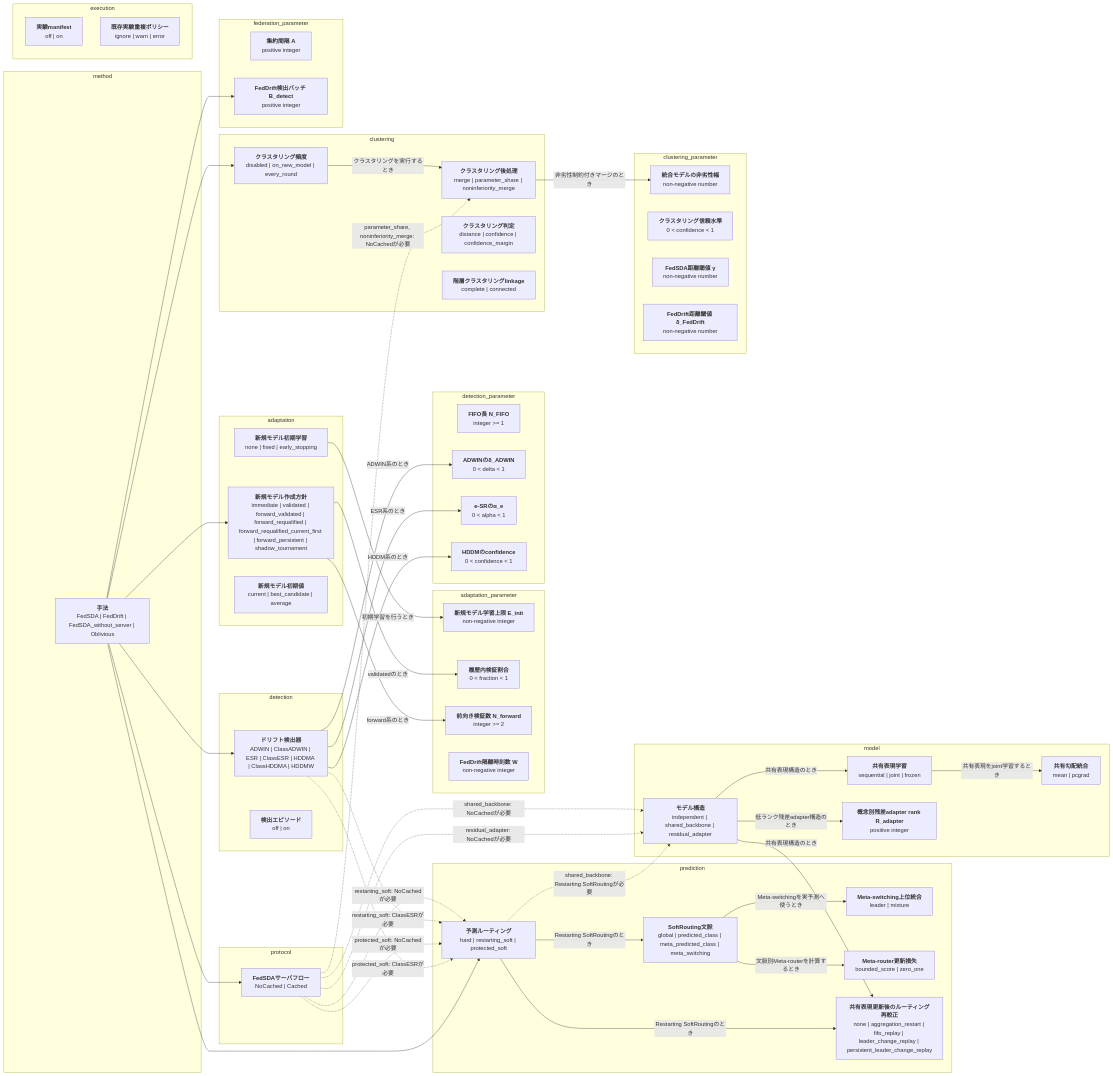
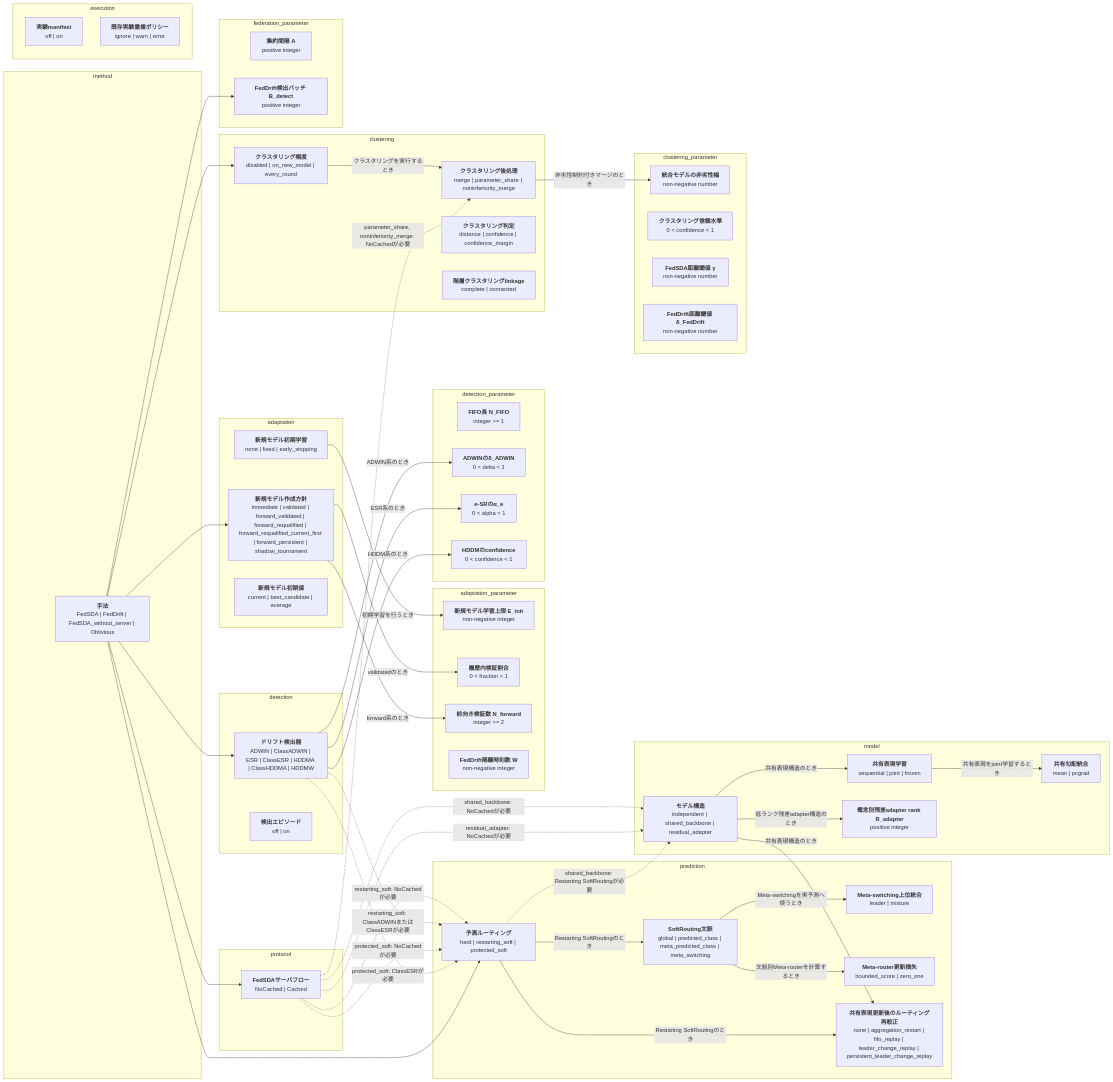
The first of 2 diagrams in docs/options.md (shimmen3141/FedSDA-experiment), drawn with Mermaid before and after one commit. The commit also changed other lines of this file and 9 other files, not shown here.

Commit message:
Decouple soft routing from drift detection

```diff
--- a/docs/options.md
+++ b/docs/options.md
@@ -95,7 +95,7 @@
   clustering_consolidation -->|"非劣性制約付きマージのとき"| merge_noninferiority_margin
   server_flow -.->|"parameter_share, noninferiority_merge: NoCachedが必要"| clustering_consolidation
   server_flow -.->|"restarting_soft: NoCachedが必要"| routing
-  detector -.->|"restarting_soft: ClassESRが必要"| routing
+  detector -.->|"restarting_soft: ClassADWINまたはClassESRが必要"| routing
   server_flow -.->|"shared_backbone: NoCachedが必要"| model_architecture
   routing -.->|"shared_backbone: Restarting SoftRoutingが必要"| model_architecture
   server_flow -.->|"residual_adapter: NoCachedが必要"| model_architecture
```
